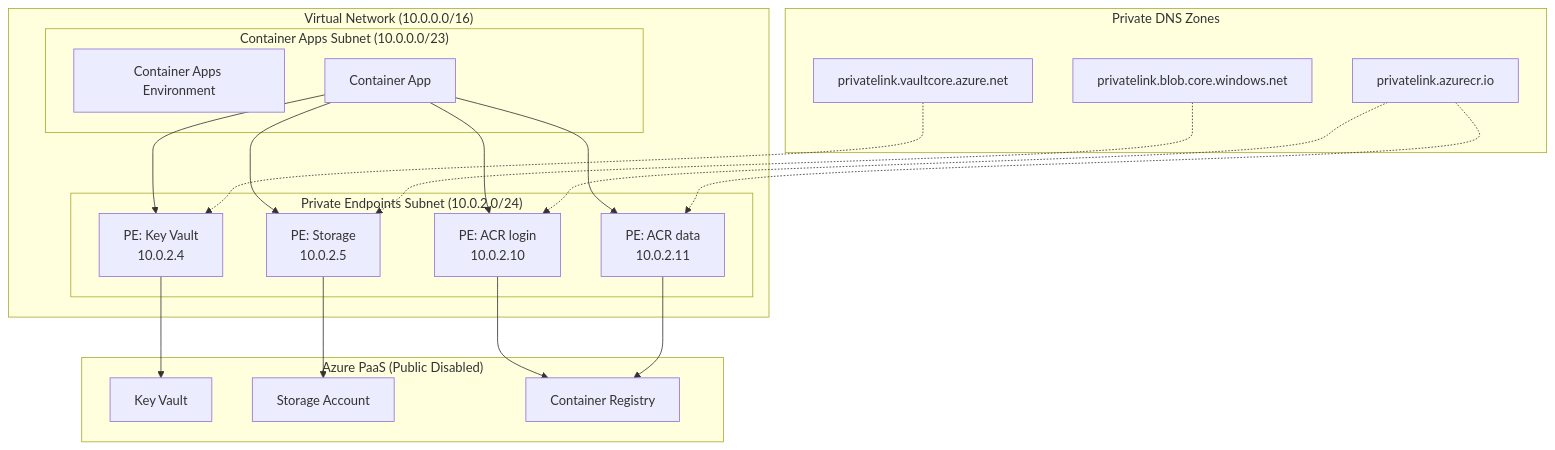
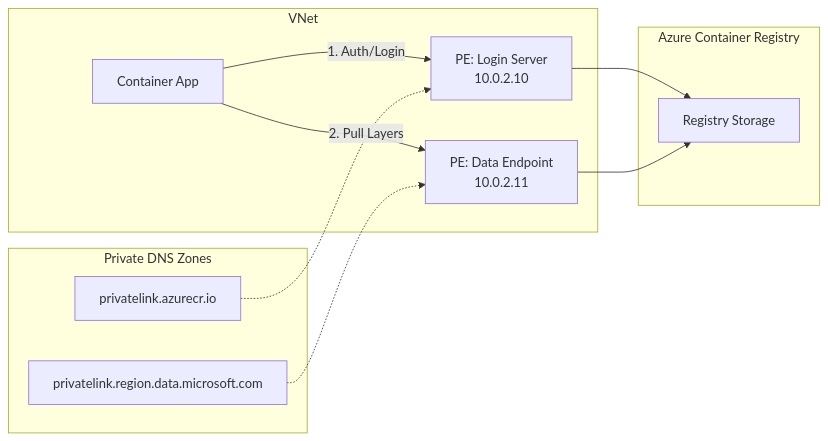
One commit to yeongseon/azure-container-apps-practical-guide changed the third of 3 diagrams in docs/recipes/networking-private-endpoint.md. Above: the diagram before and after it, drawn with Mermaid. The commit also changed other lines of this file and 5 other files, not shown here.

Commit message:
docs: add networking diagrams for VNet integration, private endpoints, and egress patterns

````diff
--- a/docs/recipes/networking-private-endpoint.md
+++ b/docs/recipes/networking-private-endpoint.md
@@ -73,37 +107,24 @@
 ```mermaid
-flowchart TB
-    subgraph VNet["Virtual Network (10.0.0.0/16)"]
-        subgraph CASubnet["Container Apps Subnet (10.0.0.0/23)"]
-            CAE[Container Apps Environment]
-            CA[Container App]
-        end
-        
-        subgraph PESubnet["Private Endpoints Subnet (10.0.2.0/24)"]
-            PE_KV[PE: Key Vault<br/>10.0.2.4]
-            PE_ST[PE: Storage<br/>10.0.2.5]
-            PE_ACR[PE: ACR login<br/>10.0.2.10]
-            PE_ACRDATA[PE: ACR data<br/>10.0.2.11]
-        end
+flowchart LR
+    subgraph VNet
+        CA[Container App]
+        PE1[PE: Login Server<br/>10.0.2.10]
+        PE2[PE: Data Endpoint<br/>10.0.2.11]
     end
     
-    subgraph DNS["Private DNS Zones"]
-        DNS_KV[privatelink.vaultcore.azure.net]
-        DNS_ST[privatelink.blob.core.windows.net]
-        DNS_ACR[privatelink.azurecr.io]
+    subgraph DNS [Private DNS Zones]
+        DZ1[privatelink.azurecr.io]
+        DZ2[privatelink.region.data.microsoft.com]
     end
     
-    subgraph Services["Azure PaaS (Public Disabled)"]
-        KV[Key Vault]
-        ST[Storage Account]
-        ACR[Container Registry]
+    subgraph Services [Azure Container Registry]
+        ACR[Registry Storage]
     end
     
-    CA --> PE_KV --> KV
-    CA --> PE_ST --> ST
-    CA --> PE_ACR --> ACR
-    CA --> PE_ACRDATA --> ACR
-    DNS_KV -.-> PE_KV
-    DNS_ST -.-> PE_ST
-    DNS_ACR -.-> PE_ACR
-    DNS_ACR -.-> PE_ACRDATA
+    CA -- 1. Auth/Login --> PE1
+    CA -- 2. Pull Layers --> PE2
+    PE1 --> ACR
+    PE2 --> ACR
+    DZ1 -.-> PE1
+    DZ2 -.-> PE2
 ```
````
